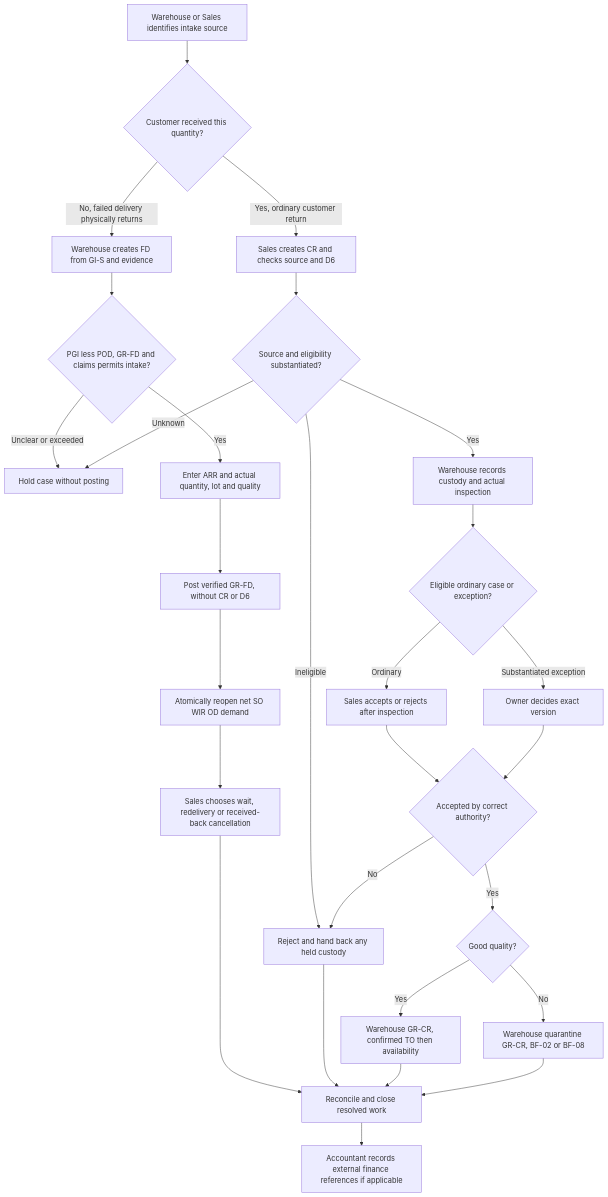
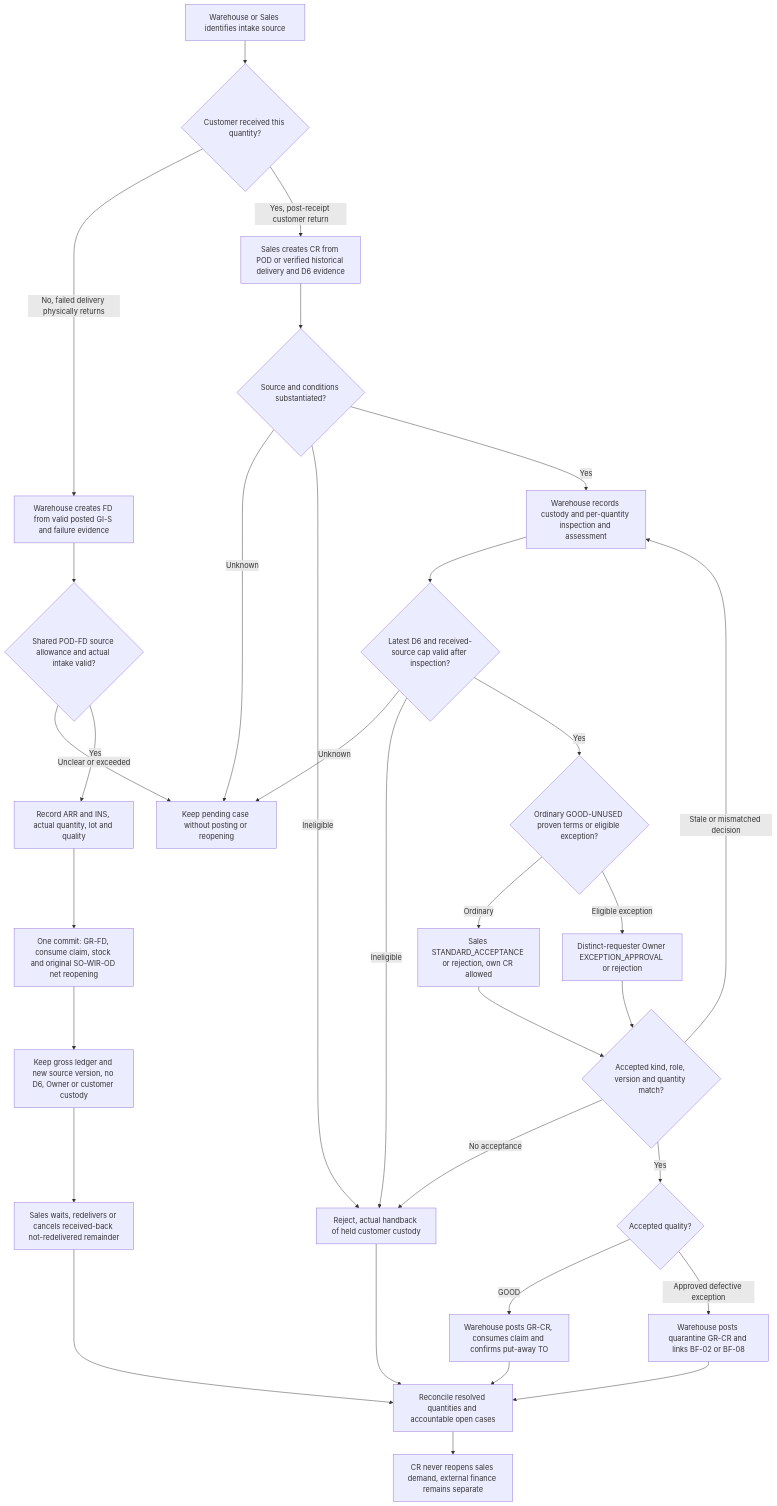
The eighth of 9 diagrams in docs/02_nghiep_vu/de_xuat_quy_trinh_2_EN.md (minhbach032003/docs_doan), drawn with Mermaid before and after one commit. The commit also changed other lines of this file and 25 other files, not shown here.

````diff
--- a/docs/02_nghiep_vu/de_xuat_quy_trinh_2_EN.md
+++ b/docs/02_nghiep_vu/de_xuat_quy_trinh_2_EN.md
@@ -820,30 +855,35 @@
 ```mermaid
+%% WMSD business baseline 3.1.0 - synchronized 2026-10-25
 flowchart TD
  A[Warehouse or Sales identifies intake source] --> B{Customer received this quantity?}
- B -->|No, failed delivery physically returns| F1[Warehouse creates FD from GI-S and evidence]
- F1 --> F2{PGI less POD, GR-FD and claims permits intake?}
- F2 -->|Unclear or exceeded| W[Hold case without posting]
- F2 -->|Yes| F3[Enter ARR and actual quantity, lot and quality]
- F3 --> F4[Post verified GR-FD, without CR or D6]
- F4 --> F5[Atomically reopen net SO WIR OD demand]
- F5 --> F6[Sales chooses wait, redelivery or received-back cancellation]
- F6 --> Z[Reconcile and close resolved work]
- B -->|Yes, ordinary customer return| C1[Sales creates CR and checks source and D6]
- C1 --> C2{Source and eligibility substantiated?}
+ B -->|No, failed delivery physically returns| F1[Warehouse creates FD from valid posted GI-S and failure evidence]
+ F1 --> F2{Shared POD-FD source allowance and actual intake valid?}
+ F2 -->|Unclear or exceeded| W[Keep pending case without posting or reopening]
+ F2 -->|Yes| F3[Record ARR and INS, actual quantity, lot and quality]
+ F3 --> F4[One commit: GR-FD, consume claim, stock and original SO-WIR-OD net reopening]
+ F4 --> F5[Keep gross ledger and new source version, no D6, Owner or customer custody]
+ F5 --> F6[Sales waits, redelivers or cancels received-back not-redelivered remainder]
+ F6 --> Z[Reconcile resolved quantities and accountable open cases]
+ B -->|Yes, post-receipt customer return| C1[Sales creates CR from POD or verified historical delivery and D6 evidence]
+ C1 --> C2{Source and conditions substantiated?}
  C2 -->|Unknown| W
- C2 -->|Ineligible| R[Reject and hand back any held custody]
- C2 -->|Yes| C3[Warehouse records custody and actual inspection]
- C3 --> C4{Eligible ordinary case or exception?}
- C4 -->|Ordinary| S[Sales accepts or rejects after inspection]
- C4 -->|Substantiated exception| O[Owner decides exact version]
- S --> D{Accepted by correct authority?}
+ C2 -->|Ineligible| R[Reject, actual handback of held customer custody]
+ C2 -->|Yes| C3[Warehouse records custody and per-quantity inspection and assessment]
+ C3 --> C31{Latest D6 and received-source cap valid after inspection?}
+ C31 -->|Unknown| W
+ C31 -->|Ineligible| R
+ C31 -->|Yes| C4{Ordinary GOOD-UNUSED proven terms or eligible exception?}
+ C4 -->|Ordinary| S[Sales STANDARD_ACCEPTANCE or rejection, own CR allowed]
+ C4 -->|Eligible exception| O[Distinct-requester Owner EXCEPTION_APPROVAL or rejection]
+ S --> D{Accepted kind, role, version and quantity match?}
  O --> D
- D -->|No| R
- D -->|Yes| Q{Good quality?}
- Q -->|Yes| G[Warehouse GR-CR, confirmed TO then availability]
- Q -->|No| H[Warehouse quarantine GR-CR, BF-02 or BF-08]
+ D -->|No acceptance| R
+ D -->|Stale or mismatched decision| C3
+ D -->|Yes| Q{Accepted quality?}
+ Q -->|GOOD| G[Warehouse posts GR-CR, consumes claim and confirms put-away TO]
+ Q -->|Approved defective exception| H[Warehouse posts quarantine GR-CR and links BF-02 or BF-08]
  R --> Z
  G --> Z
  H --> Z
- Z --> X[Accountant records external finance references if applicable]
+ Z --> X[CR never reopens sales demand, external finance remains separate]
 ```
````
